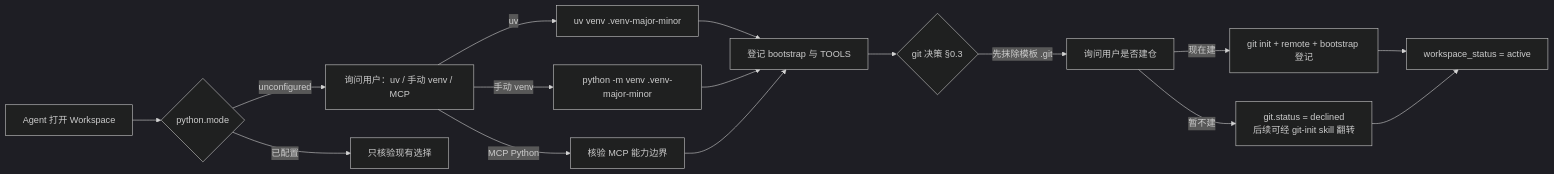
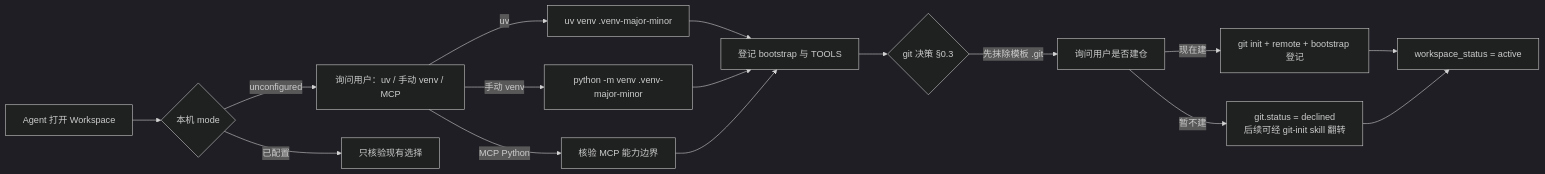
Before and after one commit to KinoluKaslana/WorkspaceTemplate: the diagram in README.md, drawn with Mermaid (dark theme). The commit also changed other lines of this file and 15 other files, not shown here.

Commit message:
feat(state): python.mode 下沉本机状态 + bootstrap.workspace_id（R2/R8/R12/R46 + 读写方双兼容）

````diff
--- a/README.md
+++ b/README.md
@@ -146,18 +146,18 @@
 ```mermaid
 flowchart LR
-    A[Agent 打开 Workspace] --> B{python.mode}
+    A[Agent 打开 Workspace] --> B{本机 mode}
     B -->|unconfigured| C[询问用户：uv / 手动 venv / MCP]
     C -->|uv| D1[uv venv .venv-major-minor]
     C -->|手动 venv| D2[python -m venv .venv-major-minor]
     C -->|MCP Python| E[核验 MCP 能力边界]
     D1 --> F[登记 bootstrap 与 TOOLS]
     D2 --> F
     E --> F
     F --> G{git 决策 §0.3}
     G -->|先抹除模板 .git| H[询问用户是否建仓]
     H -->|现在建| I[git init + remote + bootstrap 登记]
     H -->|暂不建| J[git.status = declined<br>后续可经 git-init skill 翻转]
     I --> K[workspace_status = active]
     J --> K
     B -->|已配置| L[只核验现有选择]
 ```
````
